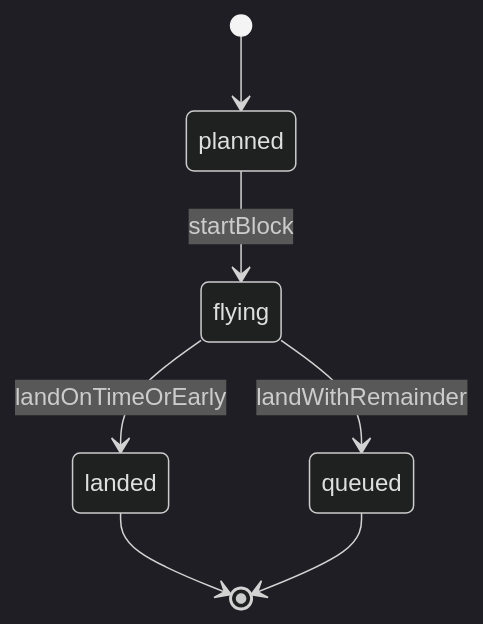
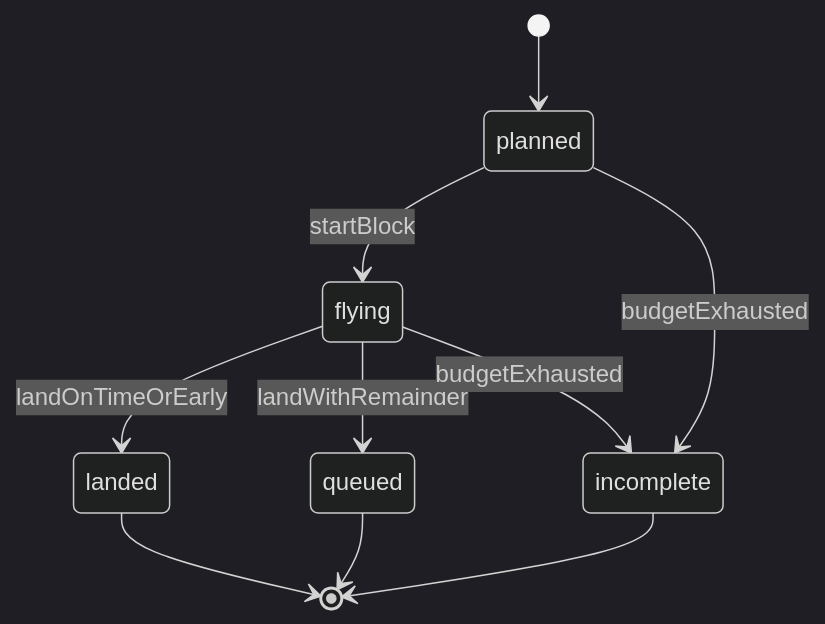
Before and after one commit to codingRenjie/time_flight: the fourth of 4 diagrams in docs/PRD.md, drawn with Mermaid (dark theme). The commit also changed other lines of this file and 30 other files, not shown here.

````diff
--- a/docs/PRD.md
+++ b/docs/PRD.md
@@ -404,9 +564,12 @@
 ```mermaid
 stateDiagram-v2
     [*] --> planned
     planned --> flying: startBlock
     flying --> landed: landOnTimeOrEarly
     flying --> queued: landWithRemainder
+    planned --> incomplete: budgetExhausted
+    flying --> incomplete: budgetExhausted
     landed --> [*]
+    incomplete --> [*]
     queued --> [*]
 ```
````
